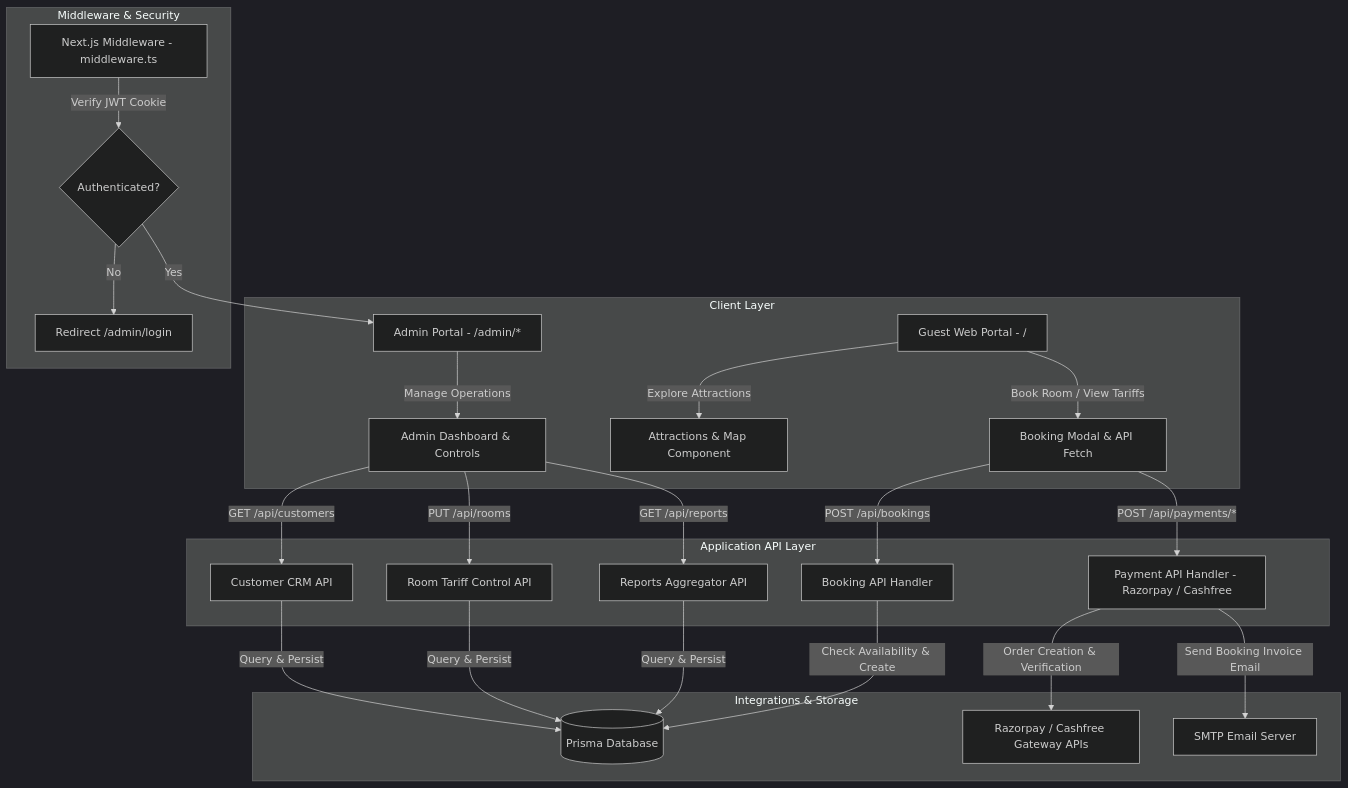
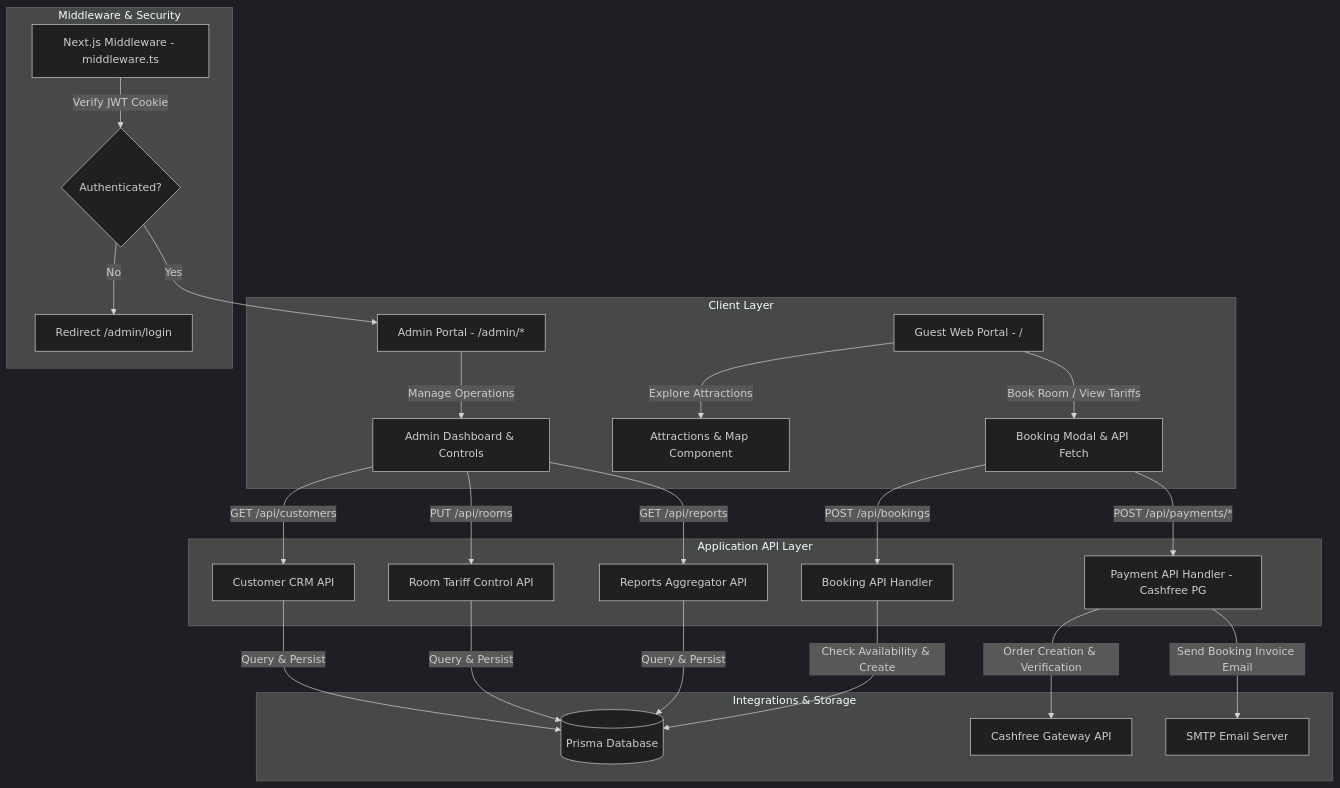
The first of 3 diagrams in about.md (utkarsh240/hotelrajhansinternational), drawn with Mermaid (dark theme) before and after one commit. The commit also changed other lines of this file and 17 other files, not shown here.

First line of the commit message:
refactor: remove Razorpay integration, use Cashfree-only payment gateway

````diff
--- a/about.md
+++ b/about.md
@@ -63,29 +63,29 @@
 ```mermaid
 graph TD
     subgraph Client Layer
         A[Guest Web Portal - /] -->|Book Room / View Tariffs| B[Booking Modal & API Fetch]
         A -->|Explore Attractions| C[Attractions & Map Component]
         D[Admin Portal - /admin/*] -->|Manage Operations| E[Admin Dashboard & Controls]
     end
 
     subgraph Middleware & Security
         F[Next.js Middleware - middleware.ts] -->|Verify JWT Cookie| G{Authenticated?}
         G -->|Yes| D
         G -->|No| H[Redirect /admin/login]
     end
 
     subgraph Application API Layer
         B -->|POST /api/bookings| I[Booking API Handler]
-        B -->|POST /api/payments/*| J[Payment API Handler - Razorpay / Cashfree]
+        B -->|POST /api/payments/*| J[Payment API Handler - Cashfree PG]
         E -->|GET /api/reports| K[Reports Aggregator API]
         E -->|PUT /api/rooms| L[Room Tariff Control API]
         E -->|GET /api/customers| M[Customer CRM API]
     end
 
     subgraph Integrations & Storage
         I -->|Check Availability & Create| N[(Prisma Database)]
-        J -->|Order Creation & Verification| O[Razorpay / Cashfree Gateway APIs]
+        J -->|Order Creation & Verification| O[Cashfree Gateway API]
         J -->|Send Booking Invoice Email| P[SMTP Email Server]
         K & L & M -->|Query & Persist| N
     end
 ```
````
